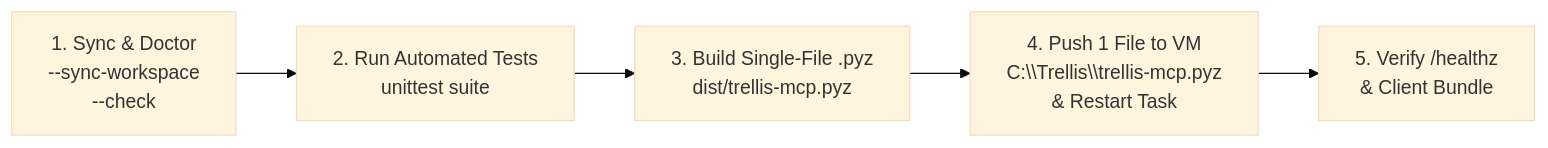
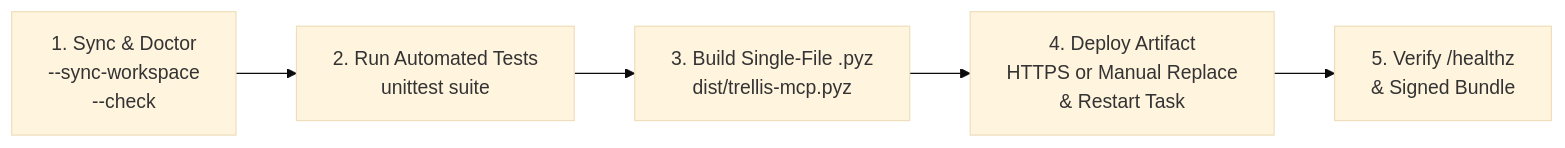
Before and after one commit to h-t-a/trellis: the diagram in docs/deployment-guide.md, drawn with Mermaid (base theme). The commit also changed other lines of this file and 23 other files, not shown here.

````diff
--- a/docs/deployment-guide.md
+++ b/docs/deployment-guide.md
@@ -68,7 +68,7 @@
 ```mermaid
 flowchart LR
     S1["1. Sync & Doctor\n--sync-workspace\n--check"] --> S2["2. Run Automated Tests\nunittest suite"]
     S2 --> S3["3. Build Single-File .pyz\ndist/trellis-mcp.pyz"]
-    S3 --> S4["4. Push 1 File to VM\nC:\\Trellis\\trellis-mcp.pyz\n& Restart Task"]
-    S4 --> S5["5. Verify /healthz\n& Client Bundle"]
+    S3 --> S4["4. Deploy Artifact\nHTTPS or Manual Replace\n& Restart Task"]
+    S4 --> S5["5. Verify /healthz\n& Signed Bundle"]
 ```
````
